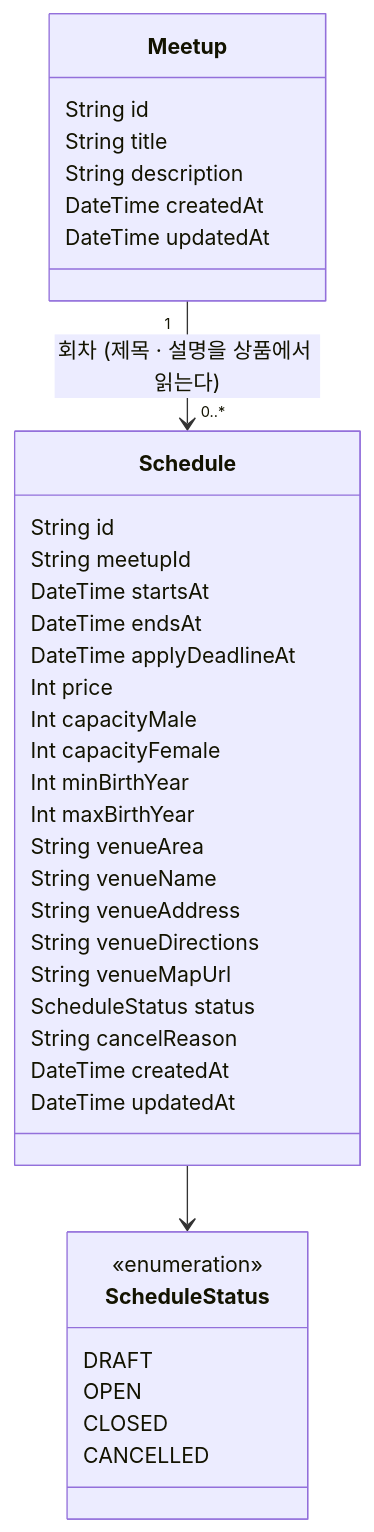
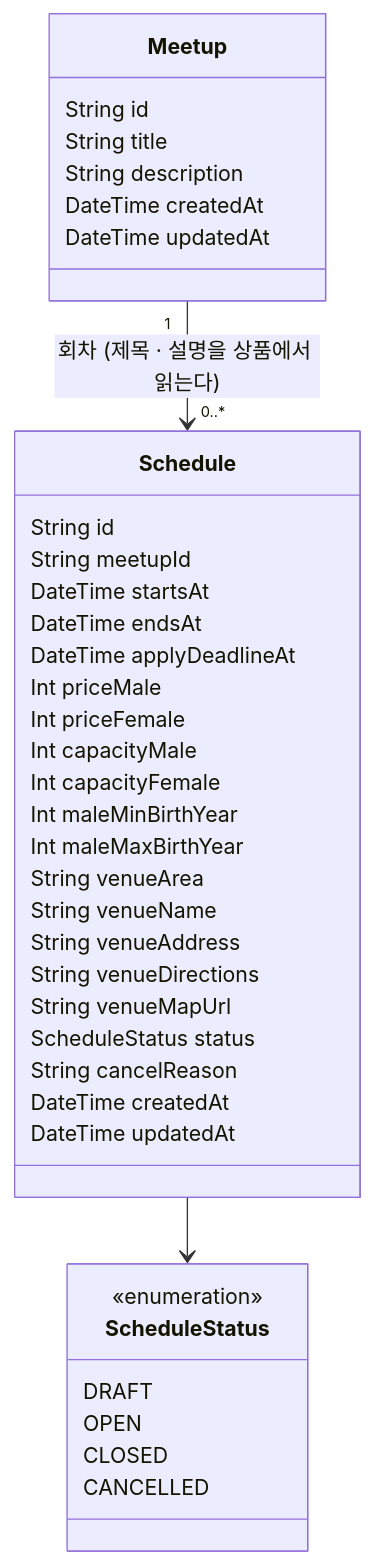
Before and after one commit to YongjaeKwon/oneul-sai: the first of 5 diagrams in docs/specs/SPEC-002-meetup-schedule.md, drawn with Mermaid. The commit also changed other lines of this file and 1 other file, not shown here.

````diff
--- a/docs/specs/SPEC-002-meetup-schedule.md
+++ b/docs/specs/SPEC-002-meetup-schedule.md
@@ -214,40 +242,41 @@
 ```mermaid
 classDiagram
     class Meetup {
         String id
         String title
         String description
         DateTime createdAt
         DateTime updatedAt
     }
     class Schedule {
         String id
         String meetupId
         DateTime startsAt
         DateTime endsAt
         DateTime applyDeadlineAt
-        Int price
+        Int priceMale
+        Int priceFemale
         Int capacityMale
         Int capacityFemale
-        Int minBirthYear
-        Int maxBirthYear
+        Int maleMinBirthYear
+        Int maleMaxBirthYear
         String venueArea
         String venueName
         String venueAddress
         String venueDirections
         String venueMapUrl
         ScheduleStatus status
         String cancelReason
         DateTime createdAt
         DateTime updatedAt
     }
     class ScheduleStatus {
         <<enumeration>>
         DRAFT
         OPEN
         CLOSED
         CANCELLED
     }
     Meetup "1" --> "0..*" Schedule : 회차 (제목 · 설명을 상품에서 읽는다)
     Schedule --> ScheduleStatus
 ```
````
